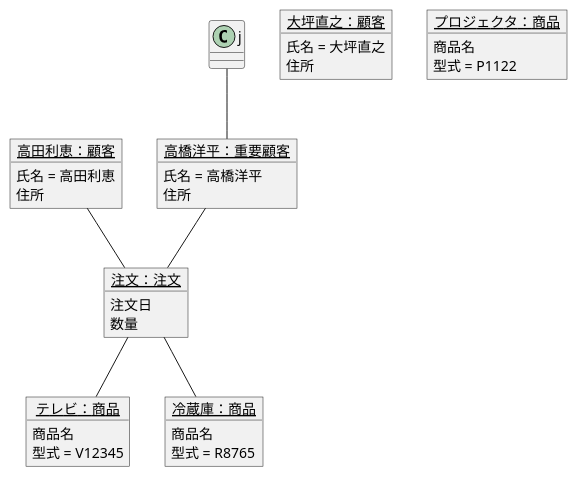
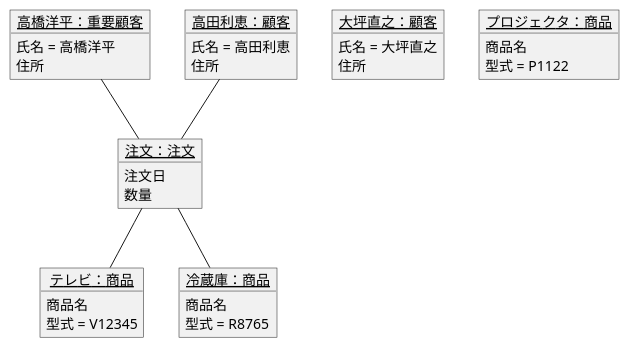
One commit to eumura123/uml-introduction changed the diagram in 演習3-7_OBJ_注文のオブジェクト図.pu. Above: the diagram before and after it, drawn with PlantUML.

Commit message:
演習3-7

```diff
--- a/演習3-7_OBJ_注文のオブジェクト図.pu
+++ b/演習3-7_OBJ_注文のオブジェクト図.pu
@@ -1,35 +1,34 @@
 @startuml  
 object "<u>高橋洋平：重要顧客</u>" as k1{
 氏名 = 高橋洋平
 住所
 }
 object "<u>高田利恵：顧客</u>" as k2{
 氏名 = 高田利恵
 住所
 }
 object "<u>大坪直之：顧客</u>" as k3{
 氏名 = 大坪直之
 住所
 }
 object "<u>テレビ：商品</u>" as s1{
 商品名
 型式 = V12345
 }
 object "<u>冷蔵庫：商品</u>" as s2{
 商品名
 型式 = R8765
 }
 object "<u>プロジェクタ：商品</u>" as s3{
 商品名
 型式 = P1122
 }
 object "<u>注文：注文</u>" as t1{
 注文日
 数量
 }
-j -- k1
 k1 -- t1
 k2 -- t1
 t1 -- s1
 t1 -- s2
 @enduml
```
